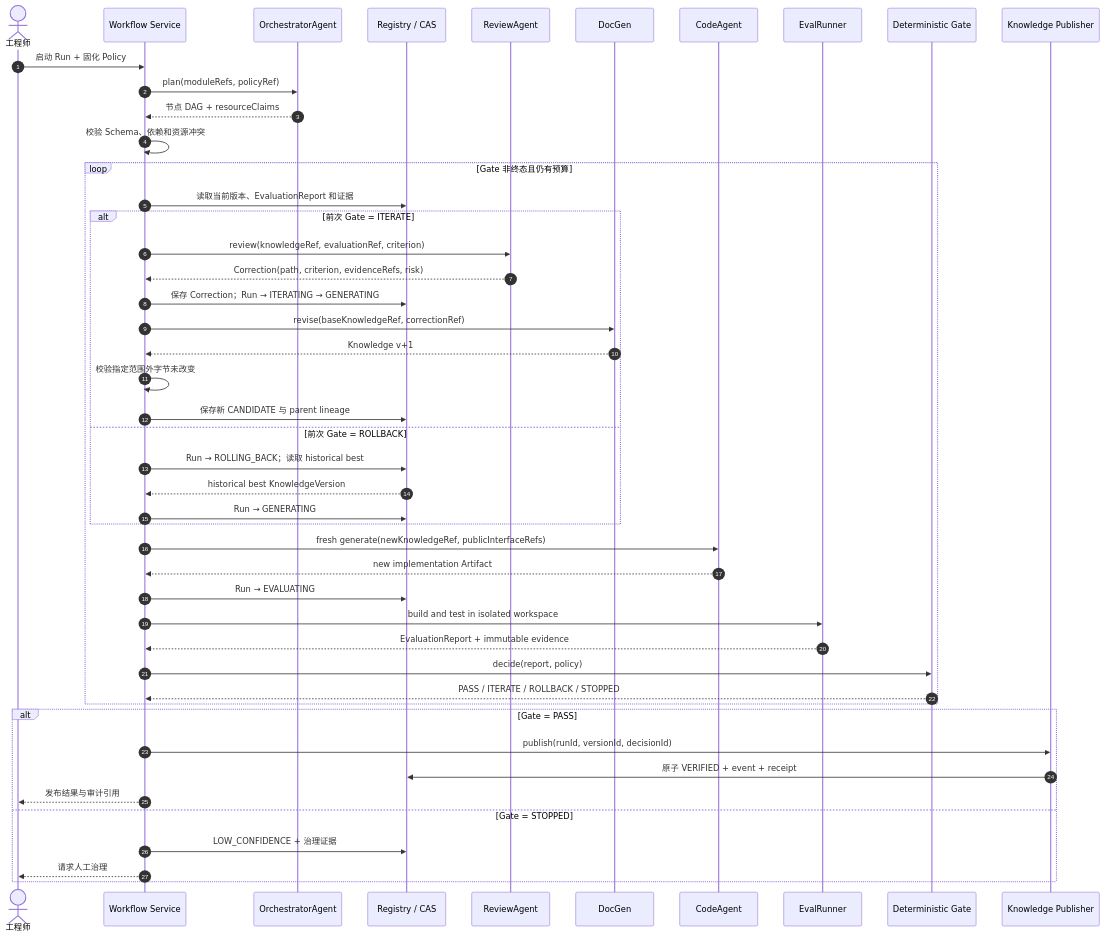
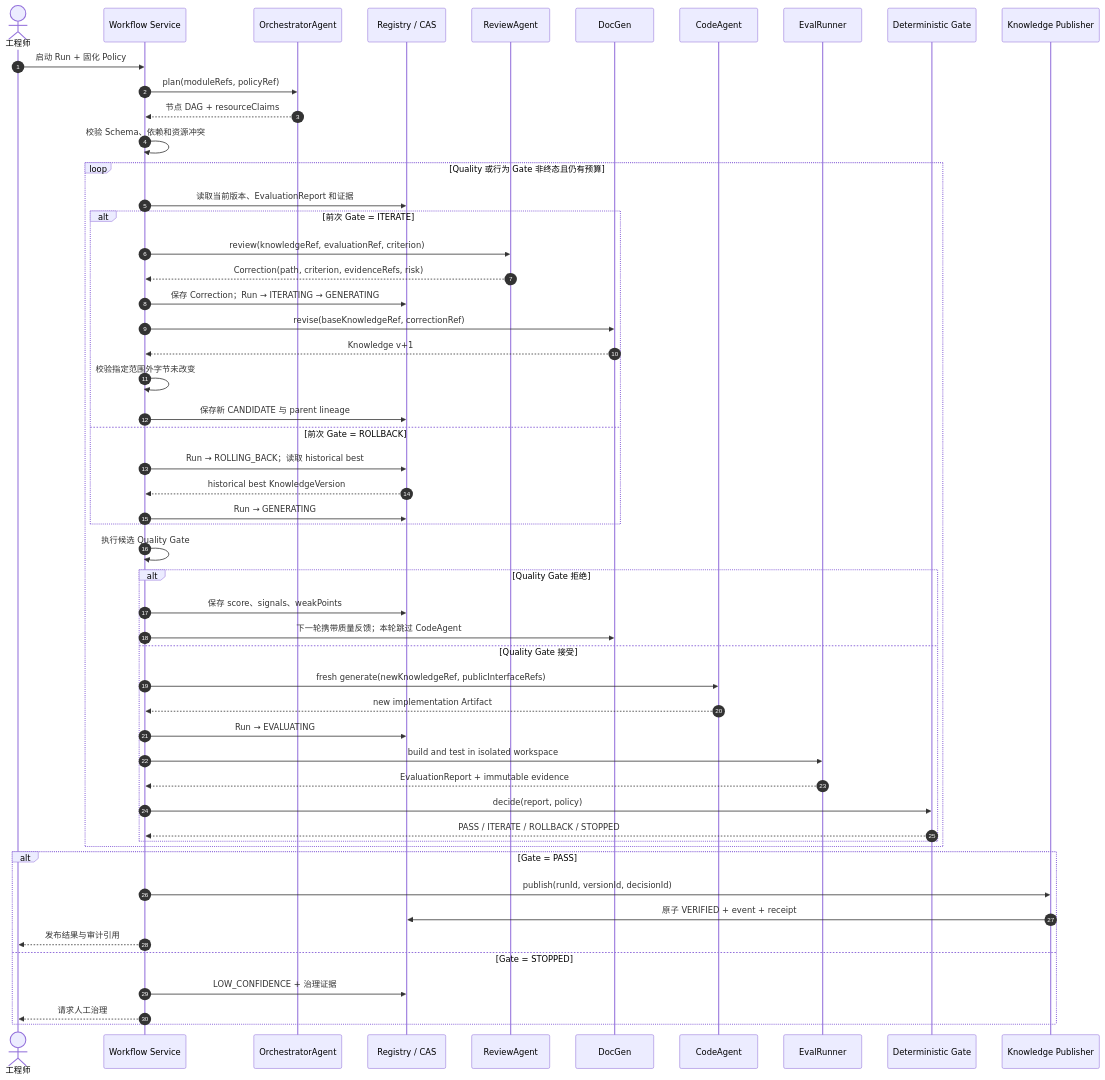
The third of 6 diagrams in endlessWpKnowledgeRunner/specs/05-workflows/user-use-cases.md (linlisWorkTeam/wpKnowledge), drawn with Mermaid before and after one commit. The commit also changed other lines of this file and 35 other files, not shown here.

````diff
--- a/endlessWpKnowledgeRunner/specs/05-workflows/user-use-cases.md
+++ b/endlessWpKnowledgeRunner/specs/05-workflows/user-use-cases.md
@@ -167,53 +167,59 @@
 ```mermaid
 sequenceDiagram
     autonumber
     actor Engineer as 工程师
     participant Workflow as Workflow Service
     participant Orchestrator as OrchestratorAgent
     participant Registry as Registry / CAS
     participant Review as ReviewAgent
     participant Doc as DocGen
     participant Code as CodeAgent
     participant Eval as EvalRunner
     participant Gate as Deterministic Gate
     participant Publisher as Knowledge Publisher
 
     Engineer->>Workflow: 启动 Run + 固化 Policy
     Workflow->>Orchestrator: plan(moduleRefs, policyRef)
     Orchestrator-->>Workflow: 节点 DAG + resourceClaims
     Workflow->>Workflow: 校验 Schema、依赖和资源冲突
 
-    loop Gate 非终态且仍有预算
+    loop Quality 或行为 Gate 非终态且仍有预算
         Workflow->>Registry: 读取当前版本、EvaluationReport 和证据
         alt 前次 Gate = ITERATE
             Workflow->>Review: review(knowledgeRef, evaluationRef, criterion)
             Review-->>Workflow: Correction(path, criterion, evidenceRefs, risk)
             Workflow->>Registry: 保存 Correction；Run → ITERATING → GENERATING
             Workflow->>Doc: revise(baseKnowledgeRef, correctionRef)
             Doc-->>Workflow: Knowledge v+1
             Workflow->>Workflow: 校验指定范围外字节未改变
             Workflow->>Registry: 保存新 CANDIDATE 与 parent lineage
         else 前次 Gate = ROLLBACK
             Workflow->>Registry: Run → ROLLING_BACK；读取 historical best
             Registry-->>Workflow: historical best KnowledgeVersion
             Workflow->>Registry: Run → GENERATING
         end
 
-        Workflow->>Code: fresh generate(newKnowledgeRef, publicInterfaceRefs)
-        Code-->>Workflow: new implementation Artifact
-        Workflow->>Registry: Run → EVALUATING
-        Workflow->>Eval: build and test in isolated workspace
-        Eval-->>Workflow: EvaluationReport + immutable evidence
-        Workflow->>Gate: decide(report, policy)
-        Gate-->>Workflow: PASS / ITERATE / ROLLBACK / STOPPED
+        Workflow->>Workflow: 执行候选 Quality Gate
+        alt Quality Gate 拒绝
+            Workflow->>Registry: 保存 score、signals、weakPoints
+            Workflow->>Doc: 下一轮携带质量反馈；本轮跳过 CodeAgent
+        else Quality Gate 接受
+            Workflow->>Code: fresh generate(newKnowledgeRef, publicInterfaceRefs)
+            Code-->>Workflow: new implementation Artifact
+            Workflow->>Registry: Run → EVALUATING
+            Workflow->>Eval: build and test in isolated workspace
+            Eval-->>Workflow: EvaluationReport + immutable evidence
+            Workflow->>Gate: decide(report, policy)
+            Gate-->>Workflow: PASS / ITERATE / ROLLBACK / STOPPED
+        end
     end
 
     alt Gate = PASS
         Workflow->>Publisher: publish(runId, versionId, decisionId)
         Publisher->>Registry: 原子 VERIFIED + event + receipt
         Workflow-->>Engineer: 发布结果与审计引用
     else Gate = STOPPED
         Workflow->>Registry: LOW_CONFIDENCE + 治理证据
         Workflow-->>Engineer: 请求人工治理
     end
 ```
````
